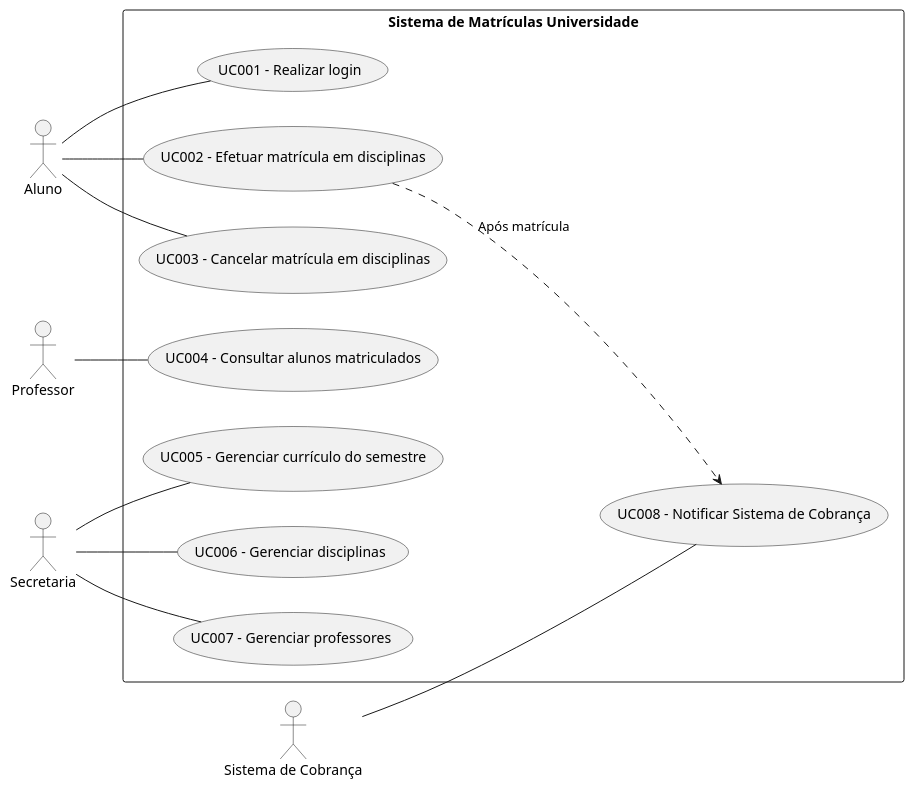
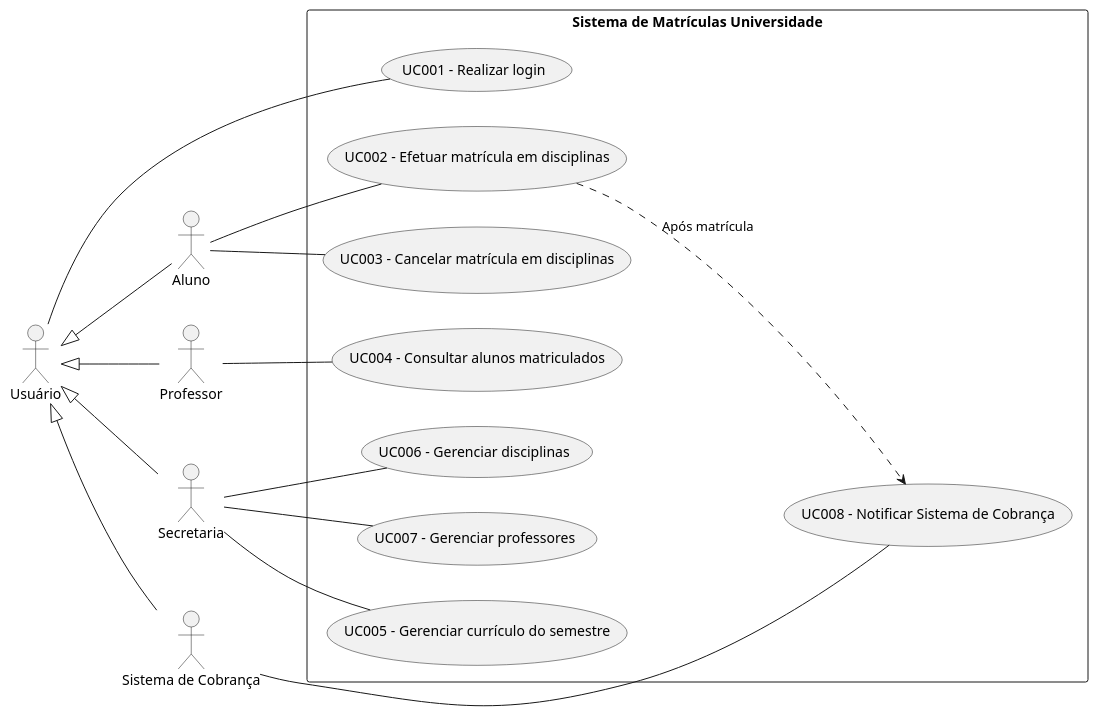
The diagram in Artefatos/Casos de Uso/SistemaMatriculasCasosDeUso.puml (kspencerl/enrollment-system), drawn with PlantUML before and after one commit. The commit also changed 1 other file, not shown here.

```diff
--- a/Artefatos/Casos de Uso/SistemaMatriculasCasosDeUso.puml
+++ b/Artefatos/Casos de Uso/SistemaMatriculasCasosDeUso.puml
@@ -1,23 +1,30 @@
 @startuml
 left to right direction
 
+actor "Usuário" as Usuario
 actor "Aluno" as Aluno
 actor "Professor" as Professor
 actor "Secretaria" as Secretaria
 actor "Sistema de Cobrança" as SistemaCobranca
 
+Usuario <|-- Aluno
+Usuario <|-- Professor
+Usuario <|-- Secretaria
+Usuario <|-- SistemaCobranca
+
 rectangle "Sistema de Matrículas Universidade" {
-    Aluno -- (UC001 - Realizar login)
+    Usuario -- (UC001 - Realizar login)
+
     Aluno -- (UC002 - Efetuar matrícula em disciplinas)
     Aluno -- (UC003 - Cancelar matrícula em disciplinas)
 
     Professor -- (UC004 - Consultar alunos matriculados)
 
     Secretaria -- (UC005 - Gerenciar currículo do semestre)
     Secretaria -- (UC006 - Gerenciar disciplinas)
     Secretaria -- (UC007 - Gerenciar professores)
 
     (UC002 - Efetuar matrícula em disciplinas) ..> (UC008 - Notificar Sistema de Cobrança) : "Após matrícula"
     SistemaCobranca -- (UC008 - Notificar Sistema de Cobrança)
 }
 @enduml
```
